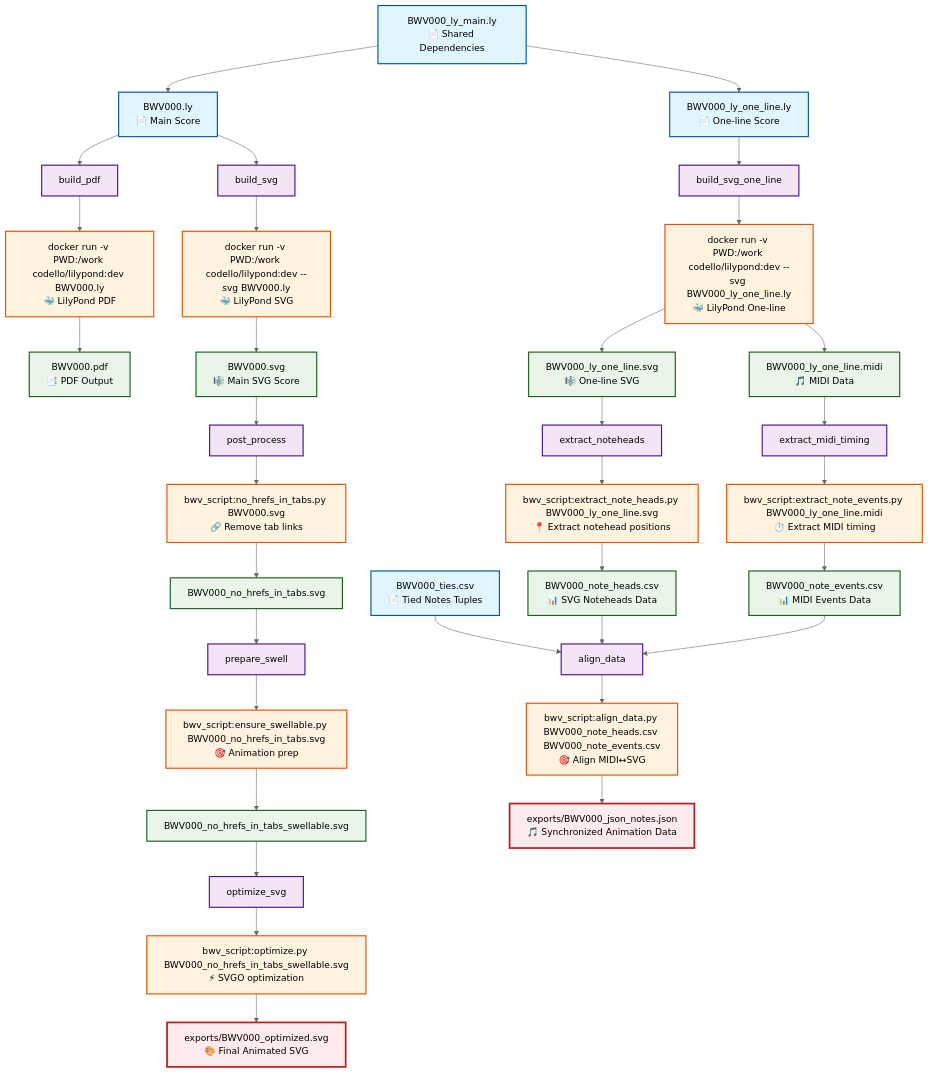
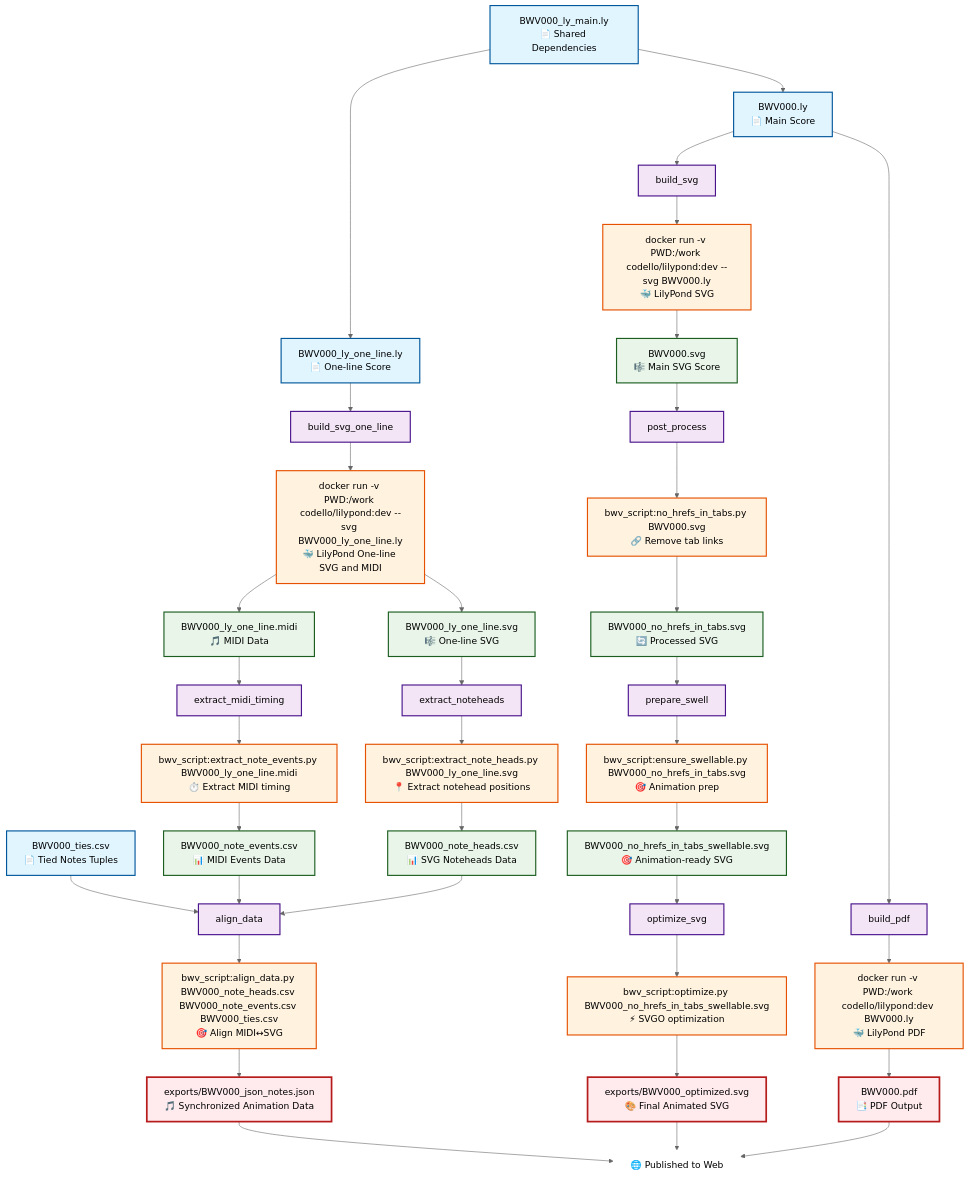
One commit to cthiebaud/bwv-zeug changed the diagram in invoke/tasks.mmd. Above: the diagram before and after it, drawn with Mermaid. The commit also changed 10 other files, not shown here.

```diff
--- a/invoke/tasks.mmd
+++ b/invoke/tasks.mmd
@@ -1,66 +1,130 @@
 %%{init: {'theme':'neutral'}}%%
 graph TD
-    %% Input Sources
-    I1[BWV000.ly<br/>📄 Main Score] --> T1[build_pdf]
-    I1 --> T2[build_svg]
-    
-    I2[BWV000_ly_one_line.ly<br/>📄 One-line Score] --> T3[build_svg_one_line]
-    
-    I3[BWV000_ly_main.ly<br/>📄 Shared Dependencies] --> I1
-    I3 --> I2
 
-    I4[BWV000_ties.csv<br/>📄 Tied Notes Tuples] --> T9
-    
-    %% PDF Generation
-    T1 --> R1[docker run -v PWD:/work codello/lilypond:dev BWV000.ly<br/>🐳 LilyPond PDF]
-    R1 --> O1[BWV000.pdf<br/>📑 PDF Output]
-    
-    %% SVG Generation Chain
-    T2 --> R2[docker run -v PWD:/work codello/lilypond:dev --svg BWV000.ly<br/>🐳 LilyPond SVG]
-    R2 --> O2[BWV000.svg<br/>🎼 Main SVG Score]
-    O2 --> T4[post_process]
-    
-    %% One-line SVG and MIDI Generation
-    T3 --> R3[docker run -v PWD:/work codello/lilypond:dev --svg BWV000_ly_one_line.ly<br/>🐳 LilyPond One-line]
-    R3 --> O3[BWV000_ly_one_line.svg<br/>🎼 One-line SVG]
-    R3 --> O4[BWV000_ly_one_line.midi<br/>🎵 MIDI Data]
-    
-    %% SVG Post-processing Pipeline
-    T4 --> R4[bwv_script:no_hrefs_in_tabs.py BWV000.svg<br/>🔗 Remove tab links]
-    R4 --> O5[BWV000_no_hrefs_in_tabs.svg]
-    
-    O5 --> T5[prepare_swell]
-    T5 --> R5[bwv_script:ensure_swellable.py BWV000_no_hrefs_in_tabs.svg<br/>🎯 Animation prep]
-    R5 --> O6[BWV000_no_hrefs_in_tabs_swellable.svg]
-    
-    O6 --> T6[optimize_svg]
-    T6 --> R6[bwv_script:optimize.py BWV000_no_hrefs_in_tabs_swellable.svg<br/>⚡ SVGO optimization]
-    R6 --> E1[exports/BWV000_optimized.svg<br/>🎨 Final Animated SVG]
-    
-    %% Parallel Data Extraction
-    O3 --> T7[extract_noteheads]
-    T7 --> R7[bwv_script:extract_note_heads.py BWV000_ly_one_line.svg<br/>📍 Extract notehead positions]
-    R7 --> O7[BWV000_note_heads.csv<br/>📊 SVG Noteheads Data]
-    
-    O4 --> T8[extract_midi_timing]
-    T8 --> R8[bwv_script:extract_note_events.py BWV000_ly_one_line.midi<br/>⏱️ Extract MIDI timing]
-    R8 --> O8[BWV000_note_events.csv<br/>📊 MIDI Events Data]
-    
-    %% Data Alignment (requires both CSV files)
-    O7 --> T9[align_data]
-    O8 --> T9
-    T9 --> R9[bwv_script:align_data.py BWV000_note_heads.csv BWV000_note_events.csv<br/>🎯 Align MIDI↔SVG]
-    R9 --> E2[exports/BWV000_json_notes.json<br/>🎵 Synchronized Animation Data]
-    
-    %% Styling
-    classDef input fill:#e1f5fe,stroke:#01579b,stroke-width:2px
-    classDef task fill:#f3e5f5,stroke:#4a148c,stroke-width:2px
-    classDef output fill:#e8f5e8,stroke:#1b5e20,stroke-width:2px
-    classDef runnable fill:#fff3e0,stroke:#e65100,stroke-width:2px
-    classDef export fill:#ffebee,stroke:#b71c1c,stroke-width:3px
-    
-    class I1,I2,I3,I4 input
-    class T1,T2,T3,T4,T5,T6,T7,T8,T9 task
-    class O1,O2,O3,O4,O5,O6,O7,O8 output
-    class R1,R2,R3,R4,R5,R6,R7,R8,R9 runnable
-    class E1,E2 export
+%% ============================================================================
+%% INPUT NODES
+%% ============================================================================
+I1[BWV000.ly<br/>📄 Main Score]
+I2[BWV000_ly_one_line.ly<br/>📄 One-line Score]
+I3[BWV000_ly_main.ly<br/>📄 Shared Dependencies]
+I4[BWV000_ties.csv<br/>📄 Tied Notes Tuples]
+
+%% ============================================================================
+%% TASK NODES
+%% ============================================================================
+T1[build_pdf]
+T2[build_svg]
+T3[build_svg_one_line]
+T4[post_process]
+T5[prepare_swell]
+T6[optimize_svg]
+T7[extract_noteheads]
+T8[extract_midi_timing]
+T9[align_data]
+
+%% ============================================================================
+%% RUNNABLE NODES
+%% ============================================================================
+R1[docker run -v PWD:/work codello/lilypond:dev BWV000.ly<br/>🐳 LilyPond PDF]
+R2[docker run -v PWD:/work codello/lilypond:dev --svg BWV000.ly<br/>🐳 LilyPond SVG]
+R3[docker run -v PWD:/work codello/lilypond:dev --svg BWV000_ly_one_line.ly<br/>🐳 LilyPond One-line SVG and MIDI]
+R4[bwv_script:no_hrefs_in_tabs.py BWV000.svg<br/>🔗 Remove tab links]
+R5[bwv_script:ensure_swellable.py BWV000_no_hrefs_in_tabs.svg<br/>🎯 Animation prep]
+R6[bwv_script:optimize.py BWV000_no_hrefs_in_tabs_swellable.svg<br/>⚡ SVGO optimization]
+R7[bwv_script:extract_note_heads.py BWV000_ly_one_line.svg<br/>📍 Extract notehead positions]
+R8[bwv_script:extract_note_events.py BWV000_ly_one_line.midi<br/>⏱️ Extract MIDI timing]
+R9[bwv_script:align_data.py BWV000_note_heads.csv BWV000_note_events.csv BWV000_ties.csv<br/>🎯 Align MIDI↔SVG]
+
+%% ============================================================================
+%% OUTPUT NODES
+%% ============================================================================
+O2[BWV000.svg<br/>🎼 Main SVG Score]
+O3[BWV000_ly_one_line.svg<br/>🎼 One-line SVG]
+O4[BWV000_ly_one_line.midi<br/>🎵 MIDI Data]
+O5[BWV000_no_hrefs_in_tabs.svg<br/>🔄 Processed SVG]
+O6[BWV000_no_hrefs_in_tabs_swellable.svg<br/>🎯 Animation-ready SVG]
+O7[BWV000_note_heads.csv<br/>📊 SVG Noteheads Data]
+O8[BWV000_note_events.csv<br/>📊 MIDI Events Data]
+
+%% ============================================================================
+%% EXPORT NODES
+%% ============================================================================
+E3[BWV000.pdf<br/>📑 PDF Output]
+E1[exports/BWV000_optimized.svg<br/>🎨 Final Animated SVG]
+E2[exports/BWV000_json_notes.json<br/>🎵 Synchronized Animation Data]
+
+%% ============================================================================
+%% DEPENDENCY RELATIONSHIPS
+%% ============================================================================
+%% Shared dependencies
+I3 --> I1
+I3 --> I2
+
+%% Input to task relationships
+I1 --> T1
+I1 --> T2
+I2 --> T3
+I4 --> T9
+
+%% Task to runnable relationships
+T1 --> R1
+T2 --> R2
+T3 --> R3
+T4 --> R4
+T5 --> R5
+T6 --> R6
+T7 --> R7
+T8 --> R8
+T9 --> R9
+
+%% Runnable to output relationships
+R1 --> E3
+R2 --> O2
+R3 --> O3
+R3 --> O4
+
+%% SVG processing chain
+O2 --> T4
+R4 --> O5
+O5 --> T5
+R5 --> O6
+O6 --> T6
+R6 --> E1
+
+%% Data extraction parallel branches
+O3 --> T7
+R7 --> O7
+O4 --> T8
+R8 --> O8
+
+%% Final data alignment
+O7 --> T9
+O8 --> T9
+
+%% Final export
+R9 --> E2
+
+%% ============================================================================
+%% STYLING
+%% ============================================================================
+classDef input fill:#e1f5fe,stroke:#01579b,stroke-width:2px
+classDef task fill:#f3e5f5,stroke:#4a148c,stroke-width:2px
+classDef output fill:#e8f5e8,stroke:#1b5e20,stroke-width:2px
+classDef runnable fill:#fff3e0,stroke:#e65100,stroke-width:2px
+classDef export fill:#ffebee,stroke:#b71c1c,stroke-width:3px
+
+class I1,I2,I3,I4 input
+class T1,T2,T3,T4,T5,T6,T7,T8,T9 task
+class O2,O3,O4,O5,O6,O7,O8 output
+class R1,R2,R3,R4,R5,R6,R7,R8,R9 runnable
+class E3,E1,E2 export
+
+%% ============================================================================
+%% BOTTOM ALIGNMENT HACK
+%% ============================================================================
+bottomAlign["🌐 Published to Web"]
+style bottomAlign fill:#ffffff,stroke:#ffffff
+
+E1 --> bottomAlign
+E2 --> bottomAlign
+E3 --> bottomAlign
```
